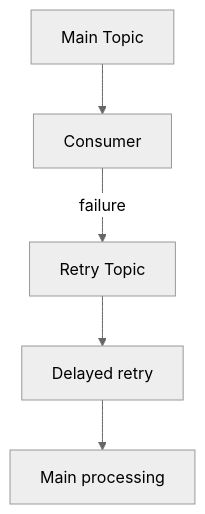
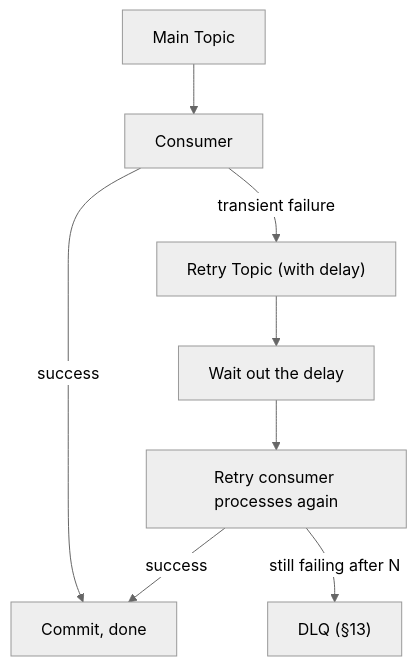
One commit to pankajThakur1874/studysheet changed diagram 17 of 31 in files/08-edge-cases/Tier-4-Kafka-Deep-Dive.md. Above: the diagram before and after it, drawn with Mermaid (neutral theme). The commit also changed other lines of this file and 5 other files, not shown here.

````diff
--- a/files/08-edge-cases/Tier-4-Kafka-Deep-Dive.md
+++ b/files/08-edge-cases/Tier-4-Kafka-Deep-Dive.md
@@ -299,7 +628,10 @@
 ```mermaid
 flowchart TD
     MT["Main Topic"] --> C["Consumer"]
-    C -->|failure| RT["Retry Topic"]
-    RT --> DR["Delayed retry"]
-    DR --> MP["Main processing"]
+    C -->|success| Done["Commit, done"]
+    C -->|transient failure| RT["Retry Topic (with delay)"]
+    RT --> DR["Wait out the delay"]
+    DR --> RC["Retry consumer processes again"]
+    RC -->|success| Done
+    RC -->|still failing after N| DLQ["DLQ (§13)"]
 ```
````
